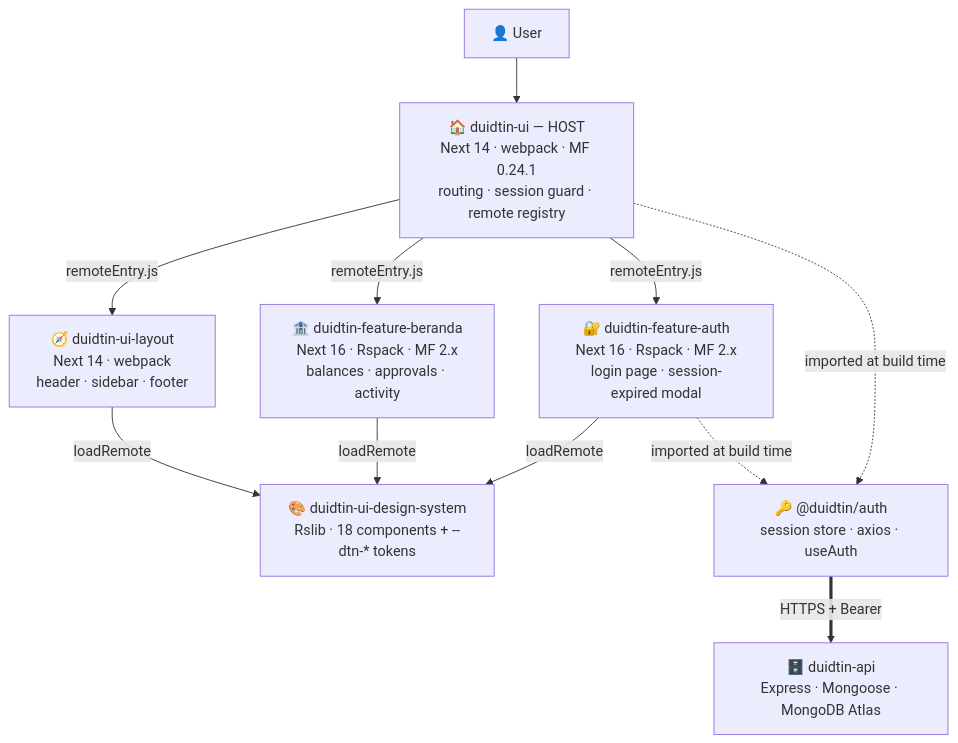
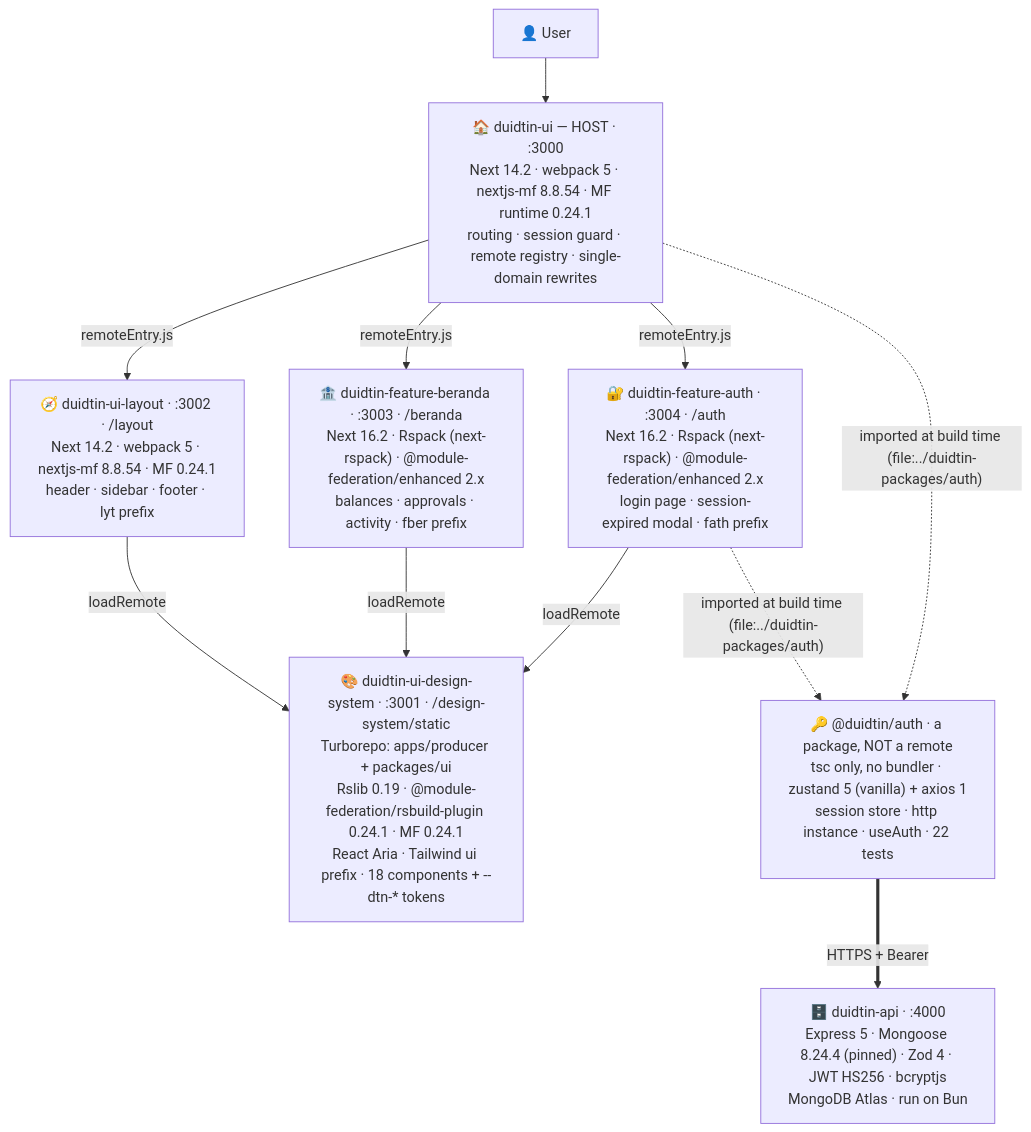
One commit to AnggaWikaNugraha/super-apps-microfrontend-duidtin changed the diagram in README.md. Above: the diagram before and after it, drawn with Mermaid. The commit also changed 1 other file, not shown here.

````diff
--- a/README.md
+++ b/README.md
@@ -392,19 +392,19 @@
 ```mermaid
 graph TD
   U["👤 User"] --> H
 
-  H["🏠 duidtin-ui — HOST<br/>Next 14 · webpack · MF 0.24.1<br/>routing · session guard · remote registry"]
+  H["🏠 duidtin-ui — HOST · :3000<br/>Next 14.2 · webpack 5 · nextjs-mf 8.8.54 · MF runtime 0.24.1<br/>routing · session guard · remote registry · single-domain rewrites"]
 
-  H -- "remoteEntry.js" --> L["🧭 duidtin-ui-layout<br/>Next 14 · webpack<br/>header · sidebar · footer"]
-  H -- "remoteEntry.js" --> B["🏦 duidtin-feature-beranda<br/>Next 16 · Rspack · MF 2.x<br/>balances · approvals · activity"]
-  H -- "remoteEntry.js" --> A["🔐 duidtin-feature-auth<br/>Next 16 · Rspack · MF 2.x<br/>login page · session-expired modal"]
+  H -- "remoteEntry.js" --> L["🧭 duidtin-ui-layout · :3002 · /layout<br/>Next 14.2 · webpack 5 · nextjs-mf 8.8.54 · MF 0.24.1<br/>header · sidebar · footer · lyt prefix"]
+  H -- "remoteEntry.js" --> B["🏦 duidtin-feature-beranda · :3003 · /beranda<br/>Next 16.2 · Rspack (next-rspack) · @module-federation/enhanced 2.x<br/>balances · approvals · activity · fber prefix"]
+  H -- "remoteEntry.js" --> A["🔐 duidtin-feature-auth · :3004 · /auth<br/>Next 16.2 · Rspack (next-rspack) · @module-federation/enhanced 2.x<br/>login page · session-expired modal · fath prefix"]
 
-  L -- "loadRemote" --> DS["🎨 duidtin-ui-design-system<br/>Rslib · 18 components + --dtn-* tokens"]
+  L -- "loadRemote" --> DS["🎨 duidtin-ui-design-system · :3001 · /design-system/static<br/>Turborepo: apps/producer + packages/ui<br/>Rslib 0.19 · @module-federation/rsbuild-plugin 0.24.1 · MF 0.24.1<br/>React Aria · Tailwind ui prefix · 18 components + --dtn-* tokens"]
   B -- "loadRemote" --> DS
   A -- "loadRemote" --> DS
 
-  H -. "imported at build time" .-> P["🔑 @duidtin/auth<br/>session store · axios · useAuth"]
-  A -. "imported at build time" .-> P
+  H -. "imported at build time (file:../duidtin-packages/auth)" .-> P["🔑 @duidtin/auth · a package, NOT a remote<br/>tsc only, no bundler · zustand 5 (vanilla) + axios 1<br/>session store · http instance · useAuth · 22 tests"]
+  A -. "imported at build time (file:../duidtin-packages/auth)" .-> P
 
-  P == "HTTPS + Bearer" ==> API["🗄️ duidtin-api<br/>Express · Mongoose · MongoDB Atlas"]
+  P == "HTTPS + Bearer" ==> API["🗄️ duidtin-api · :4000<br/>Express 5 · Mongoose 8.24.4 (pinned) · Zod 4 · JWT HS256 · bcryptjs<br/>MongoDB Atlas · run on Bun"]
 ```
````
